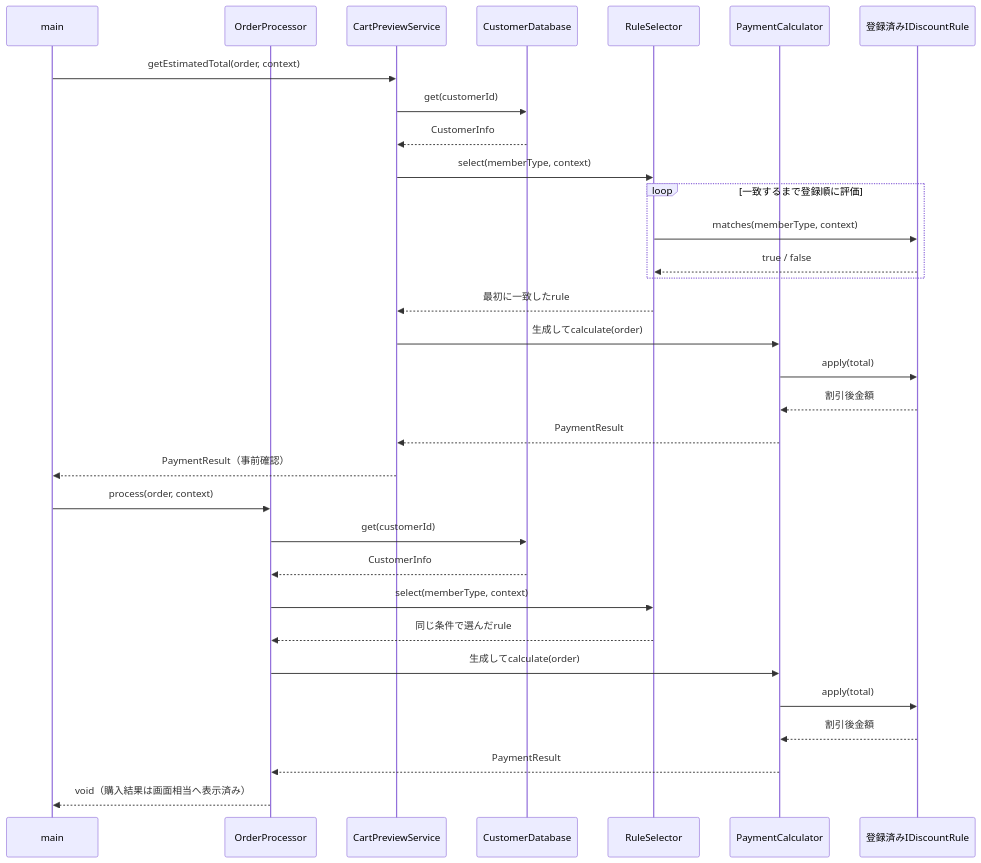
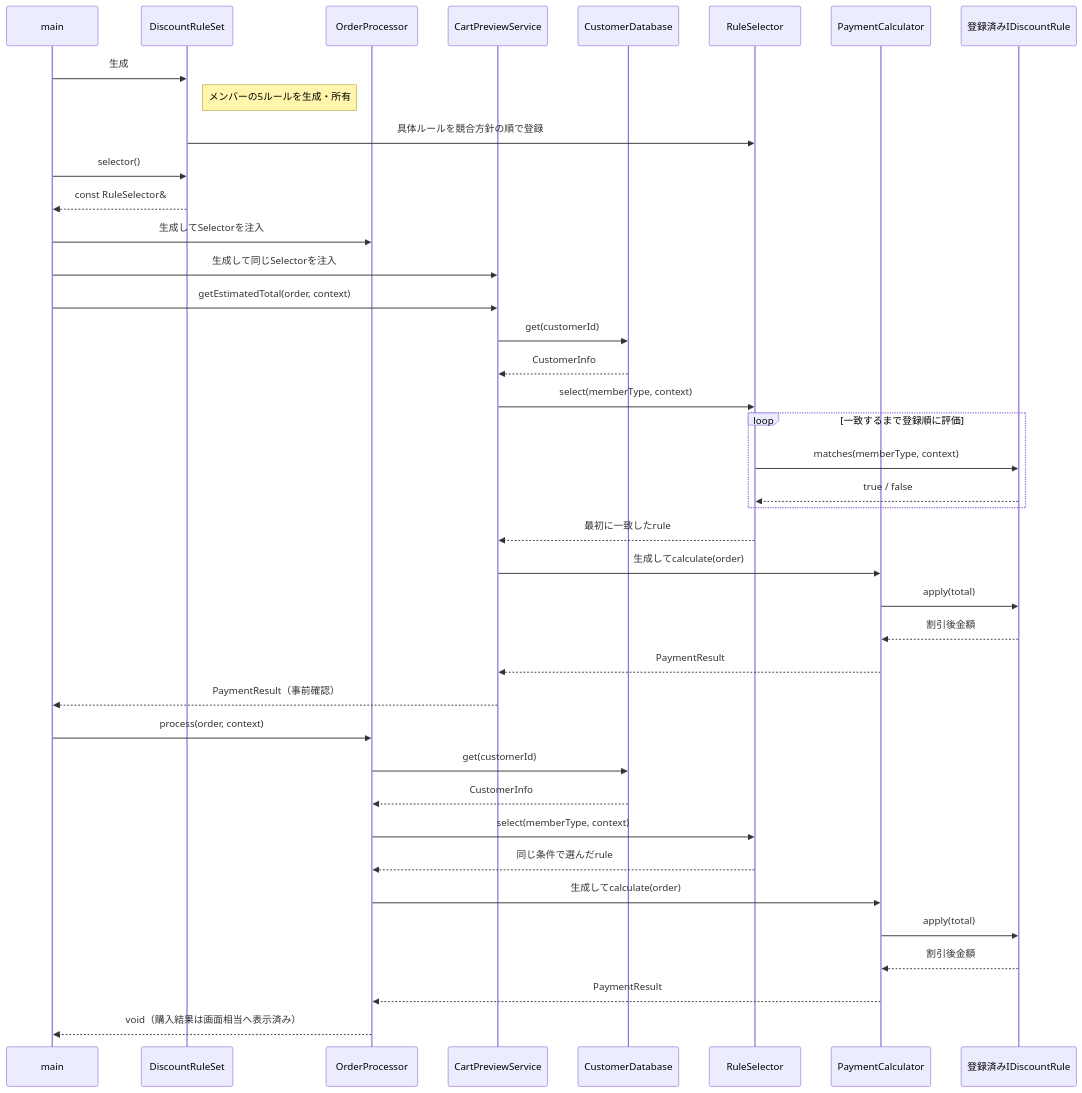
The eighth of 11 diagrams in kindle/design-patterns/output/chapter01.md (kumachan1101-pixel/DesignPattern), drawn with Mermaid before and after one commit. The commit also changed other lines of this file and 25 other files, not shown here.

````diff
--- a/kindle/design-patterns/output/chapter01.md
+++ b/kindle/design-patterns/output/chapter01.md
@@ -1831,36 +1862,45 @@
 ```mermaid
 sequenceDiagram
     participant M as main
+    participant D as DiscountRuleSet
     participant O as OrderProcessor
     participant V as CartPreviewService
     participant DB as CustomerDatabase
     participant S as RuleSelector
     participant P as PaymentCalculator
     participant I as 登録済みIDiscountRule
+
+    M->>D: 生成
+    Note right of D: メンバーの5ルールを生成・所有
+    D->>S: 具体ルールを競合方針の順で登録
+    M->>D: selector()
+    D-->>M: const RuleSelector&
+    M->>O: 生成してSelectorを注入
+    M->>V: 生成して同じSelectorを注入
 
     M->>V: getEstimatedTotal(order, context)
     V->>DB: get(customerId)
     DB-->>V: CustomerInfo
     V->>S: select(memberType, context)
     loop 一致するまで登録順に評価
         S->>I: matches(memberType, context)
         I-->>S: true / false
     end
     S-->>V: 最初に一致したrule
     V->>P: 生成してcalculate(order)
     P->>I: apply(total)
     I-->>P: 割引後金額
     P-->>V: PaymentResult
     V-->>M: PaymentResult（事前確認）
 
     M->>O: process(order, context)
     O->>DB: get(customerId)
     DB-->>O: CustomerInfo
     O->>S: select(memberType, context)
     S-->>O: 同じ条件で選んだrule
     O->>P: 生成してcalculate(order)
     P->>I: apply(total)
     I-->>P: 割引後金額
     P-->>O: PaymentResult
     O-->>M: void（購入結果は画面相当へ表示済み）
 ```
````
